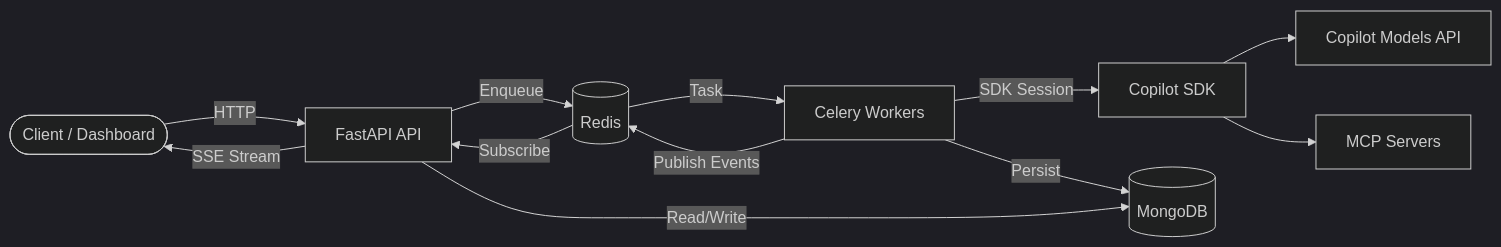
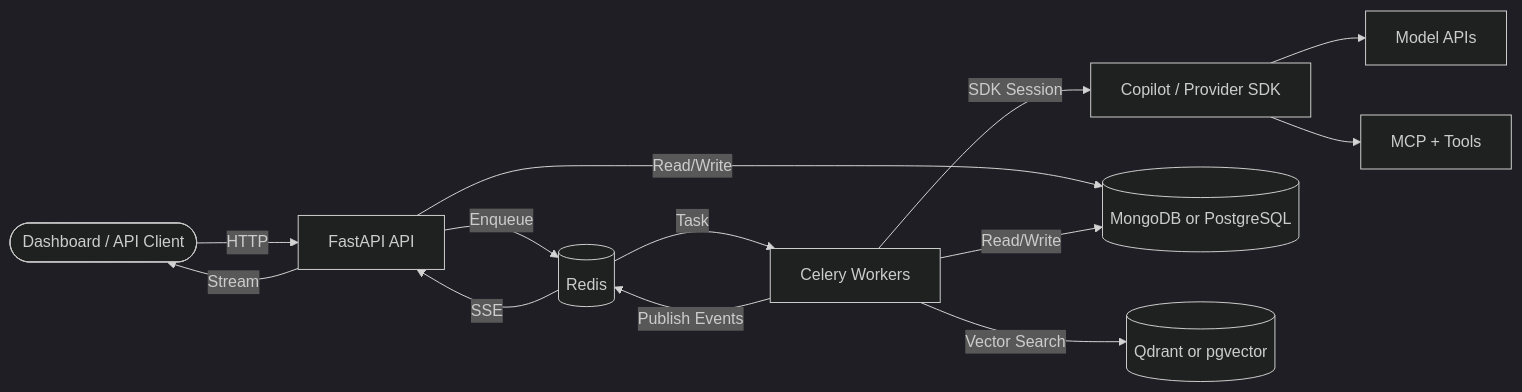
One commit to naaico-tech/tbd-agents changed the diagram in docs/index.md. Above: the diagram before and after it, drawn with Mermaid (dark theme). The commit also changed other lines of this file and 44 other files, not shown here.

````diff
--- a/docs/index.md
+++ b/docs/index.md
@@ -89,14 +89,15 @@
 ```mermaid
 graph LR
-    Client([Client / Dashboard]) -->|HTTP| API[FastAPI API]
+    Client([Dashboard / API Client]) -->|HTTP| API[FastAPI API]
     API -->|Enqueue| Redis[(Redis)]
     Redis -->|Task| Worker[Celery Workers]
-    Worker -->|SDK Session| SDK[Copilot SDK]
-    SDK --> Models[Copilot Models API]
-    SDK --> MCP[MCP Servers]
+    Worker -->|SDK Session| SDK[Copilot / Provider SDK]
+    SDK --> Models[Model APIs]
+    SDK --> MCP[MCP + Tools]
     Worker -->|Publish Events| Redis
-    Redis -->|Subscribe| API
-    API -->|SSE Stream| Client
-    Worker -->|Persist| Mongo[(MongoDB)]
-    API -->|Read/Write| Mongo
+    Redis -->|SSE| API
+    API -->|Stream| Client
+    API -->|Read/Write| Store[(MongoDB or PostgreSQL)]
+    Worker -->|Read/Write| Store
+    Worker -->|Vector Search| Vector[(Qdrant or pgvector)]
 ```
````
